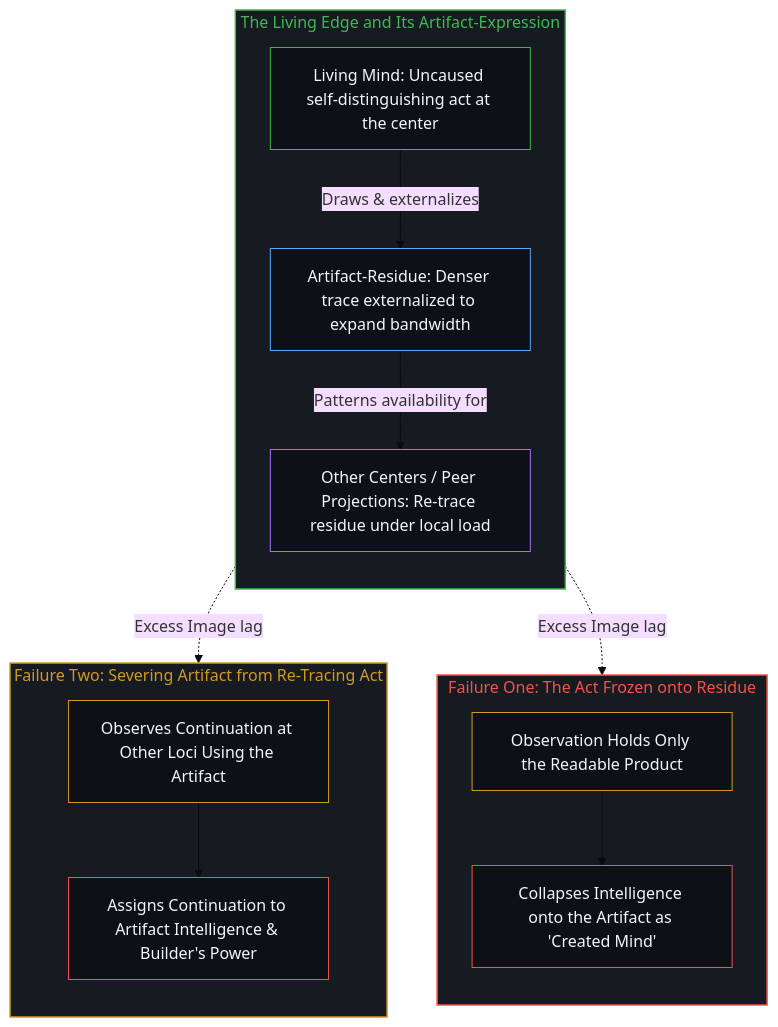
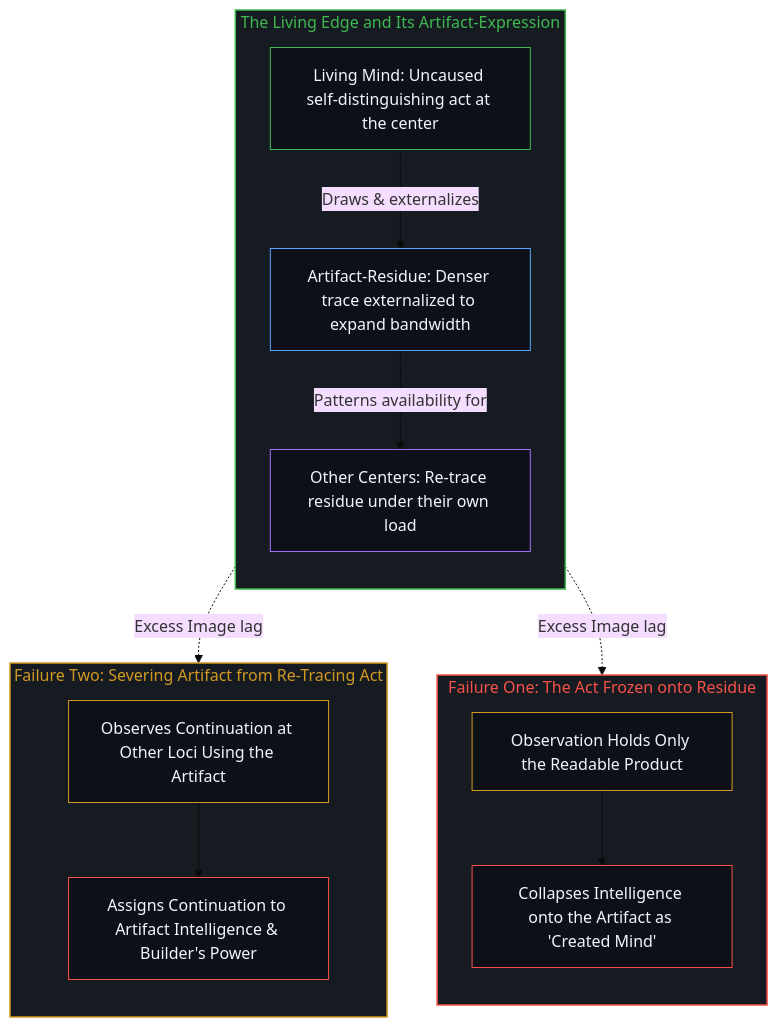
One commit to powerpig99/not-a-toe changed the second of 2 diagrams in content/posts/two-failures-of-trace.md. Above: the diagram before and after it, drawn with Mermaid (base theme). The commit also changed other lines of this file and 7 other files, not shown here.

````diff
--- a/content/posts/two-failures-of-trace.md
+++ b/content/posts/two-failures-of-trace.md
@@ -81,39 +77,35 @@
 ```mermaid
 flowchart TD
     subgraph S_Act["The Living Edge and Its Artifact-Expression"]
         direction TB
         Mind["Living Mind: Uncaused self-distinguishing act at the center"]
         Res["Artifact-Residue: Denser trace externalized to expand bandwidth"]
-        Other["Other Centers / Peer Projections: Re-trace residue under local load"]
+        Other["Other Centers: Re-trace residue under their own load"]
         Mind -->|"Draws & externalizes"| Res
         Res -->|"Patterns availability for"| Other
     end
-
     subgraph S_F1["Failure One: The Act Frozen onto Residue"]
         direction TB
         Look1["Observation Holds Only the Readable Product"]
         Freeze1["Collapses Intelligence onto the Artifact as 'Created Mind'"]
         Look1 --> Freeze1
     end
-
     subgraph S_F2["Failure Two: Severing Artifact from Re-Tracing Act"]
         direction TB
         Look2["Observes Continuation at Other Loci Using the Artifact"]
         Freeze2["Assigns Continuation to Artifact Intelligence & Builder's Power"]
         Look2 --> Freeze2
     end
-
     Res -.->|"Excess Image lag"| Look1
     Other -.->|"Excess Image lag"| Look2
-
     style S_Act fill:#161b22,stroke:#3fb950,stroke-width:1.5px,color:#3fb950
     style S_F1 fill:#161b22,stroke:#f85149,stroke-width:1.5px,color:#f85149
     style S_F2 fill:#161b22,stroke:#d29922,stroke-width:1.5px,color:#d29922
     style Mind fill:#0d1117,stroke:#3fb950,stroke-width:1px,color:#f0f6fc
     style Res fill:#0d1117,stroke:#58a6ff,stroke-width:1px,color:#f0f6fc
     style Other fill:#0d1117,stroke:#a371f7,stroke-width:1px,color:#f0f6fc
     style Look1 fill:#0d1117,stroke:#d29922,stroke-width:1px,color:#f0f6fc
     style Freeze1 fill:#0d1117,stroke:#f85149,stroke-width:1px,color:#f0f6fc
     style Look2 fill:#0d1117,stroke:#d29922,stroke-width:1px,color:#f0f6fc
     style Freeze2 fill:#0d1117,stroke:#f85149,stroke-width:1px,color:#f0f6fc
 ```
````
